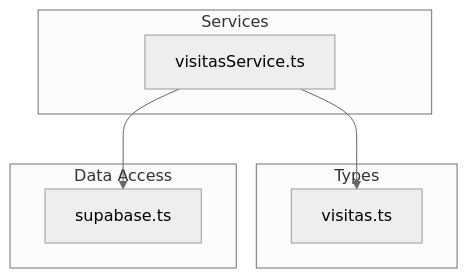
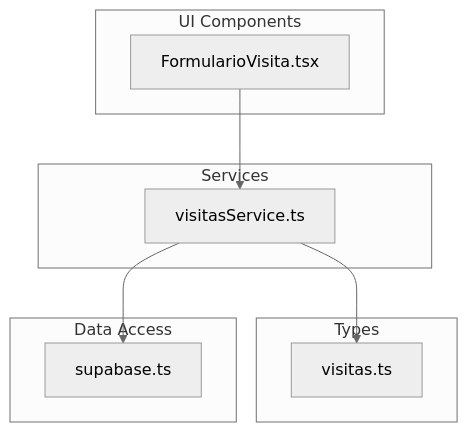
Before and after one commit to AgusCatra/simu-twin-web: the first of 4 diagrams in .qoder/repowiki/en/content/Core Services & Business Logic/Visit Management Service.md, drawn with Mermaid (neutral theme). The commit also changed other lines of this file and 4 other files, not shown here.

````diff
--- a/.qoder/repowiki/en/content/Core Services & Business Logic/Visit Management Service.md
+++ b/.qoder/repowiki/en/content/Core Services & Business Logic/Visit Management Service.md
@@ -36,14 +47,18 @@
 ```mermaid
 graph TB
 subgraph "Services"
 S["visitasService.ts"]
 end
 subgraph "Types"
 T["visitas.ts"]
 end
 subgraph "Data Access"
 D["supabase.ts"]
 end
+subgraph "UI Components"
+U["FormularioVisita.tsx"]
+end
 S --> T
 S --> D
+U --> S
 ```
````
